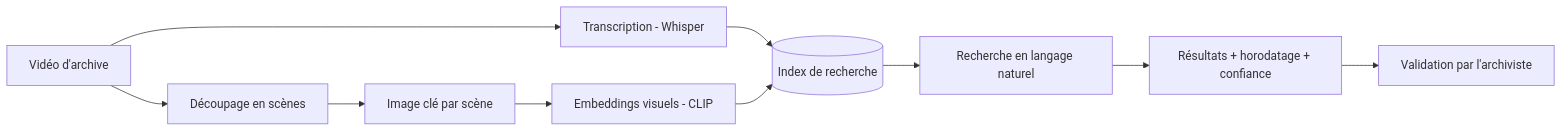
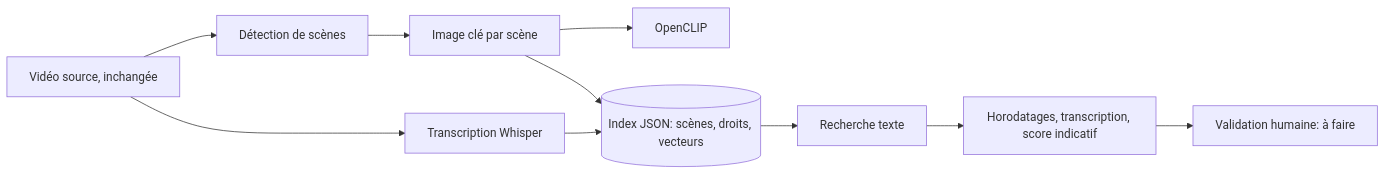
One commit to RayenMnif/archivIA changed the diagram in README.md. Above: the diagram before and after it, drawn with Mermaid. The commit also changed other lines of this file and 6 other files, not shown here.

````diff
--- a/README.md
+++ b/README.md
@@ -123,12 +49,12 @@
 ```mermaid
 flowchart LR
-    A[Vidéo d'archive] --> B[Découpage en scènes]
-    A --> C[Transcription - Whisper]
-    B --> D[Image clé par scène]
-    D --> E[Embeddings visuels - CLIP]
-    C --> G[(Index de recherche)]
-    E --> G
-    G --> H[Recherche en langage naturel]
-    H --> I[Résultats + horodatage + confiance]
-    I --> J[Validation par l'archiviste]
+  V[Vidéo source, inchangée] --> S[Détection de scènes]
+  S --> K[Image clé par scène]
+  V --> W[Transcription Whisper]
+  K --> C[OpenCLIP]
+  K --> J[(Index JSON: scènes, droits, vecteurs)]
+  W --> J
+  J --> Q[Recherche texte]
+  Q --> R[Horodatages, transcription, score indicatif]
+  R --> H[Validation humaine: à faire]
 ```
````
